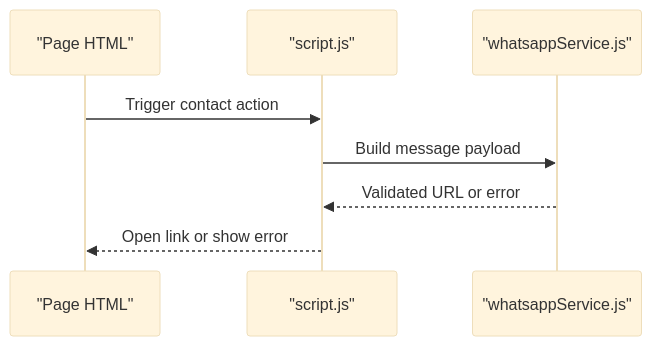
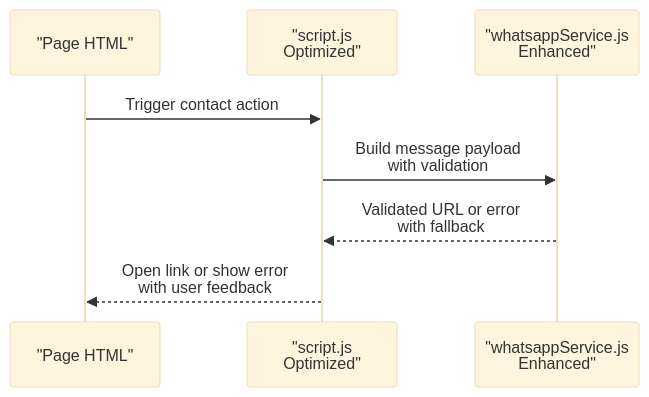
The seventh of 8 diagrams in .qoder/repowiki/en/content/Frontend Architecture/Frontend Architecture.md (Dunstun2/GeniusMind-Home-Schooling), drawn with Mermaid (base theme) before and after one commit. The commit also changed other lines of this file and 42 other files, not shown here.

````diff
--- a/.qoder/repowiki/en/content/Frontend Architecture/Frontend Architecture.md
+++ b/.qoder/repowiki/en/content/Frontend Architecture/Frontend Architecture.md
@@ -396,10 +419,10 @@
 ```mermaid
 sequenceDiagram
 participant Page as "Page HTML"
-participant Script as "script.js"
-participant WA as "whatsappService.js"
+participant Script as "script.js<br/>Optimized"
+participant WA as "whatsappService.js<br/>Enhanced"
 Page->>Script : Trigger contact action
-Script->>WA : Build message payload
-WA-->>Script : Validated URL or error
-Script-->>Page : Open link or show error
+Script->>WA : Build message payload<br/>with validation
+WA-->>Script : Validated URL or error<br/>with fallback
+Script-->>Page : Open link or show error<br/>with user feedback
 ```
````
